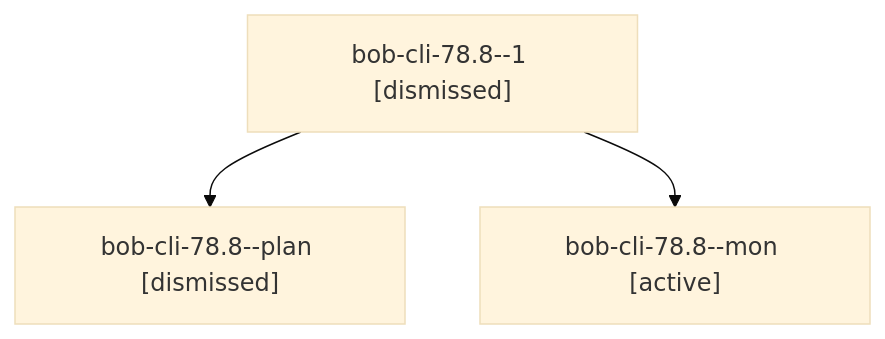
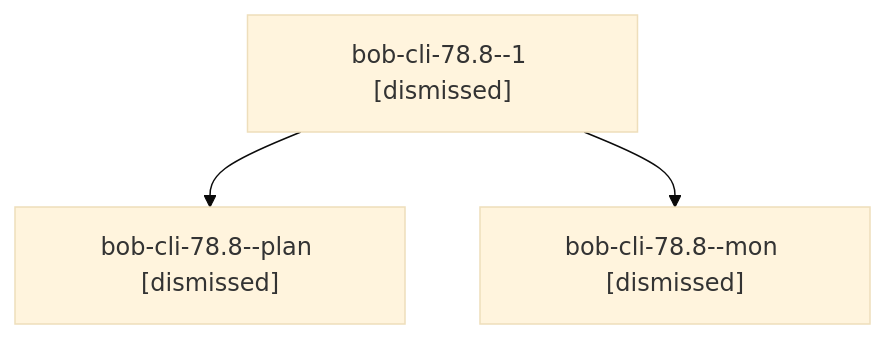
Before and after one commit to bobs-org/bob-cli--agents: the diagram in sessions/bbugyi200.apollo.bob-cli-78.8.md, drawn with Mermaid (base theme). The commit also changed other lines of this file and 77 other files, not shown here.

````diff
--- a/sessions/bbugyi200.apollo.bob-cli-78.8.md
+++ b/sessions/bbugyi200.apollo.bob-cli-78.8.md
@@ -9,8 +9,8 @@
 ```mermaid
 flowchart TD
   n0["bob-cli-78.8--1 [dismissed]"]
   n1["bob-cli-78.8--plan [dismissed]"]
   n0 --> n1
-  n2["bob-cli-78.8--mon [active]"]
+  n2["bob-cli-78.8--mon [dismissed]"]
   n0 --> n2
 ```
````
